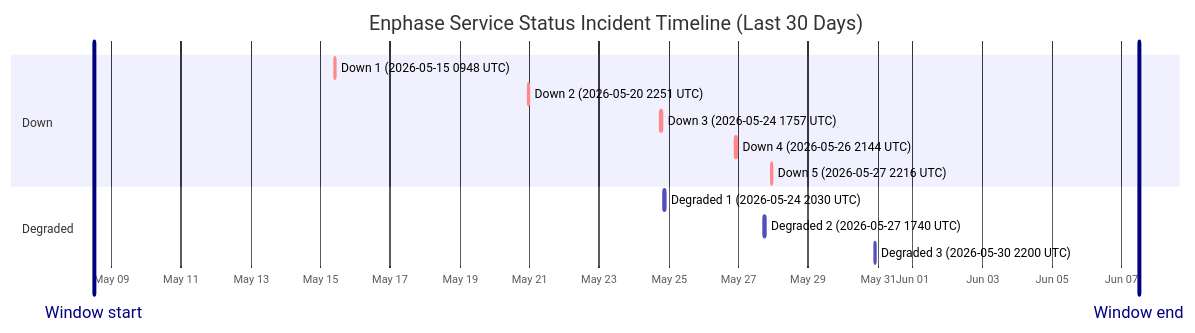
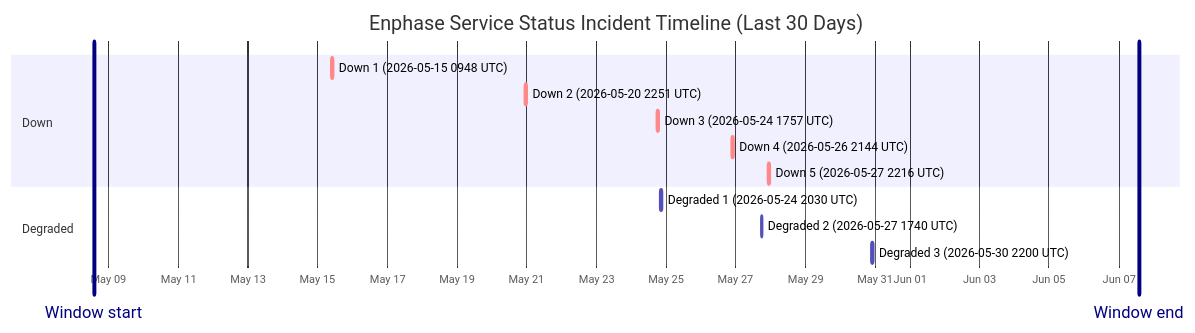
Before and after one commit to barneyonline/ha-enphase-energy: the diagram in wiki/Service-Status-History.md, drawn with Mermaid. The commit also changed other lines of this file and 3 other files, not shown here.

````diff
--- a/wiki/Service-Status-History.md
+++ b/wiki/Service-Status-History.md
@@ -14,18 +14,18 @@
 ```mermaid
 gantt
     title Enphase Service Status Incident Timeline (Last 30 Days)
     dateFormat  YYYY-MM-DDTHH:mm:ss
     axisFormat  %b %d
-    Window start :vert, window-start, 2026-05-08T11:46:58, 0ms
-    Window end :vert, window-end, 2026-06-07T11:46:58, 0ms
+    Window start :vert, window-start, 2026-05-08T13:49:53, 0ms
+    Window end :vert, window-end, 2026-06-07T13:49:53, 0ms
     section Down
     Down 1 (2026-05-15 0948 UTC) :crit, down-1, 2026-05-15T09:48:18, 60m
     Down 2 (2026-05-20 2251 UTC) :crit, down-2, 2026-05-20T22:51:14, 75m
     Down 3 (2026-05-24 1757 UTC) :crit, down-3, 2026-05-24T17:57:41, 86m
     Down 4 (2026-05-26 2144 UTC) :crit, down-4, 2026-05-26T21:44:11, 85m
     Down 5 (2026-05-27 2216 UTC) :crit, down-5, 2026-05-27T22:16:53, 87m
     section Degraded
     Degraded 1 (2026-05-24 2030 UTC) :active, degraded-1, 2026-05-24T20:30:57, 84m
     Degraded 2 (2026-05-27 1740 UTC) :active, degraded-2, 2026-05-27T17:40:52, 60m
     Degraded 3 (2026-05-30 2200 UTC) :active, degraded-3, 2026-05-30T22:00:37, 60m
 ```
````
